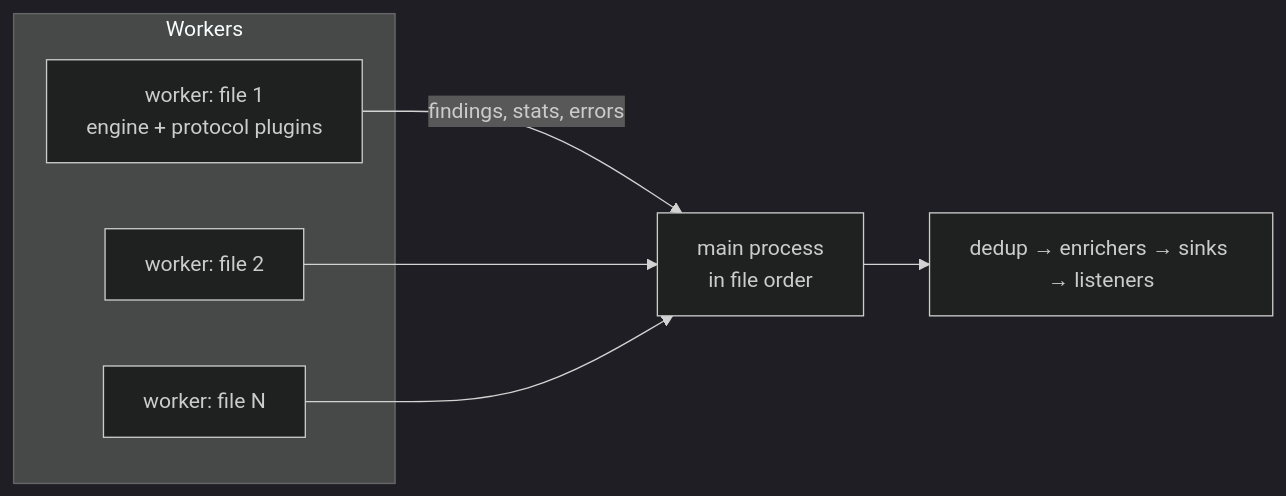
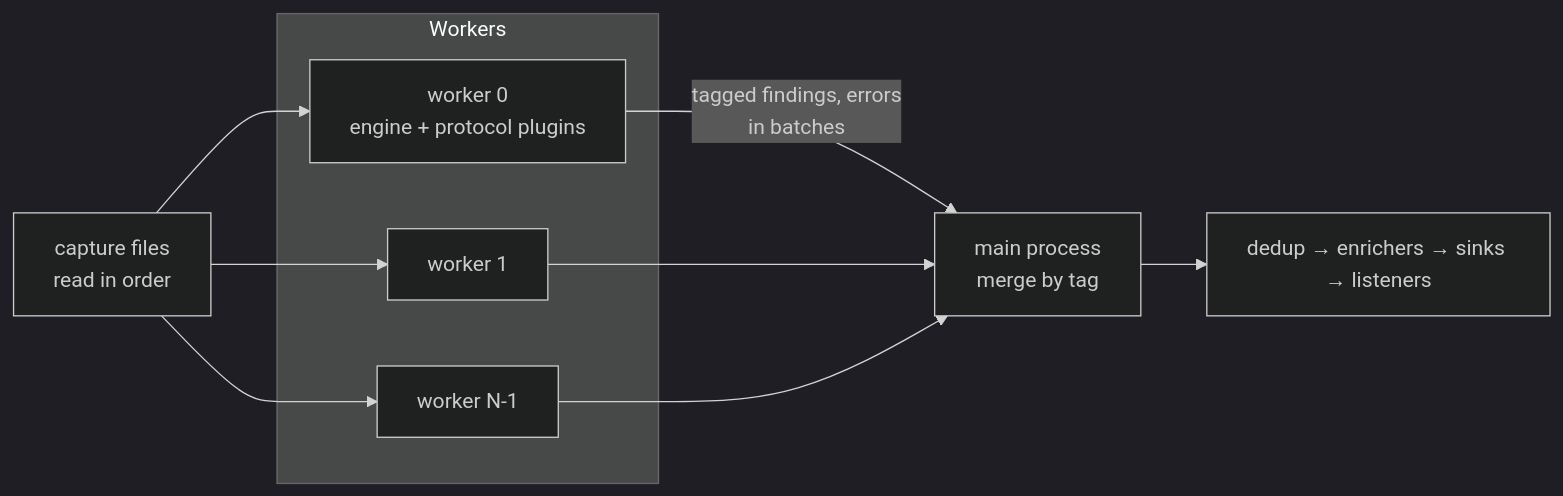
One commit to haydena23/netcreds-ng changed the second of 2 diagrams in docs/architecture/pipeline.md. Above: the diagram before and after it, drawn with Mermaid (dark theme). The commit also changed other lines of this file and 23 other files, not shown here.

````diff
--- a/docs/architecture/pipeline.md
+++ b/docs/architecture/pipeline.md
@@ -58,12 +58,13 @@
 ```mermaid
 flowchart LR
+    F[capture files<br/>read in order] --> W1 & W2 & W3
     subgraph Workers
-        W1[worker: file 1<br/>engine + protocol plugins] 
-        W2[worker: file 2]
-        W3[worker: file N]
+        W1[worker 0<br/>engine + protocol plugins]
+        W2[worker 1]
+        W3[worker N-1]
     end
-    W1 -->|findings, stats, errors| M
+    W1 -->|tagged findings, errors<br/>in batches| M
     W2 --> M
     W3 --> M
-    M[main process<br/>in file order] --> P[dedup → enrichers → sinks → listeners]
+    M[main process<br/>merge by tag] --> P[dedup → enrichers → sinks → listeners]
 ```
````
